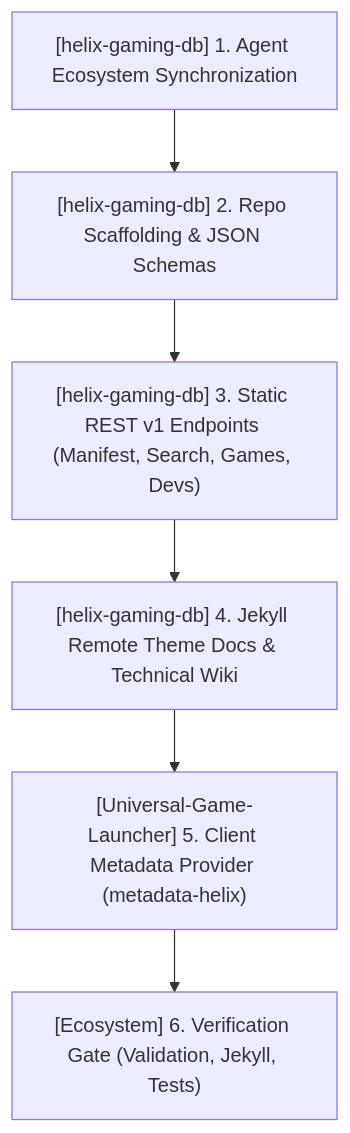
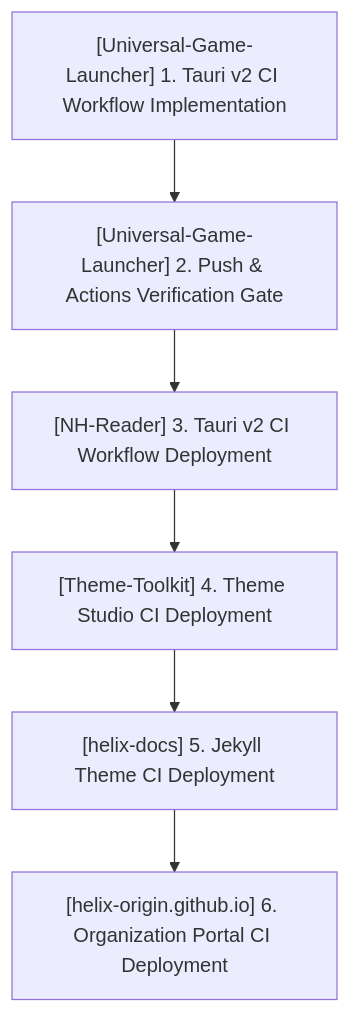
Before and after one commit to HELIX-Origin/agents: the diagram in TODO.md, drawn with Mermaid. The commit also changed other lines of this file and 4 other files, not shown here.

Commit message:
feat(standards): add Tauri v2 CI workflow template, update ledgers for Sprint 28

````diff
--- a/TODO.md
+++ b/TODO.md
@@ -31,8 +34,8 @@
 ```mermaid
 flowchart TD
-    W50_1["[helix-gaming-db] 1. Agent Ecosystem Synchronization"] --> W50_2["[helix-gaming-db] 2. Repo Scaffolding & JSON Schemas"]
-    W50_2 --> W50_3["[helix-gaming-db] 3. Static REST v1 Endpoints (Manifest, Search, Games, Devs)"]
-    W50_3 --> W50_4["[helix-gaming-db] 4. Jekyll Remote Theme Docs & Technical Wiki"]
-    W50_4 --> W50_5["[Universal-Game-Launcher] 5. Client Metadata Provider (metadata-helix)"]
-    W50_5 --> W50_Gate["[Ecosystem] 6. Verification Gate (Validation, Jekyll, Tests)"]
+    W51_1["[Universal-Game-Launcher] 1. Tauri v2 CI Workflow Implementation"] --> W51_2["[Universal-Game-Launcher] 2. Push & Actions Verification Gate"]
+    W51_2 --> W51_3["[NH-Reader] 3. Tauri v2 CI Workflow Deployment"]
+    W51_3 --> W51_4["[Theme-Toolkit] 4. Theme Studio CI Deployment"]
+    W51_4 --> W51_5["[helix-docs] 5. Jekyll Theme CI Deployment"]
+    W51_5 --> W51_6["[helix-origin.github.io] 6. Organization Portal CI Deployment"]
 ```
````
